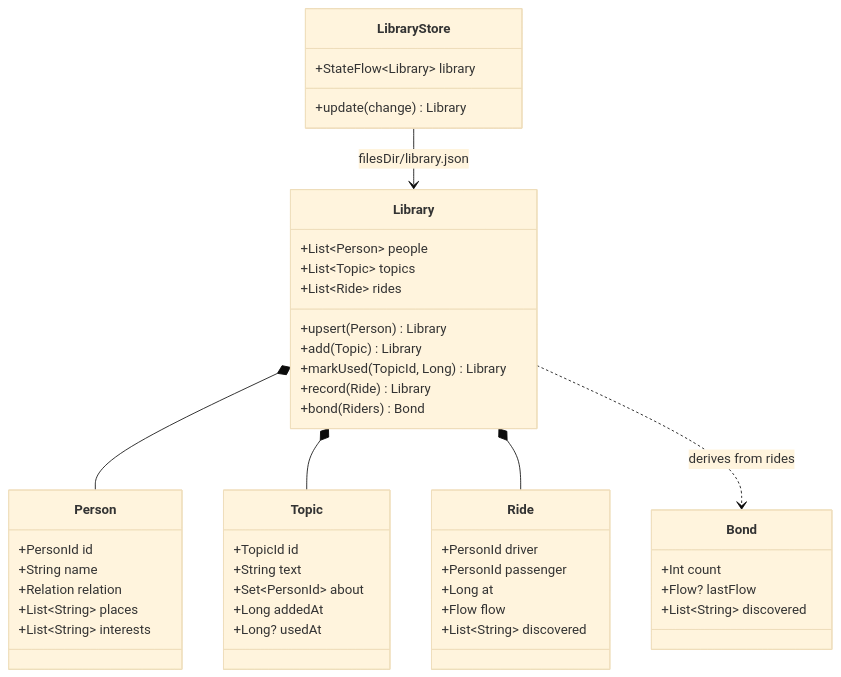
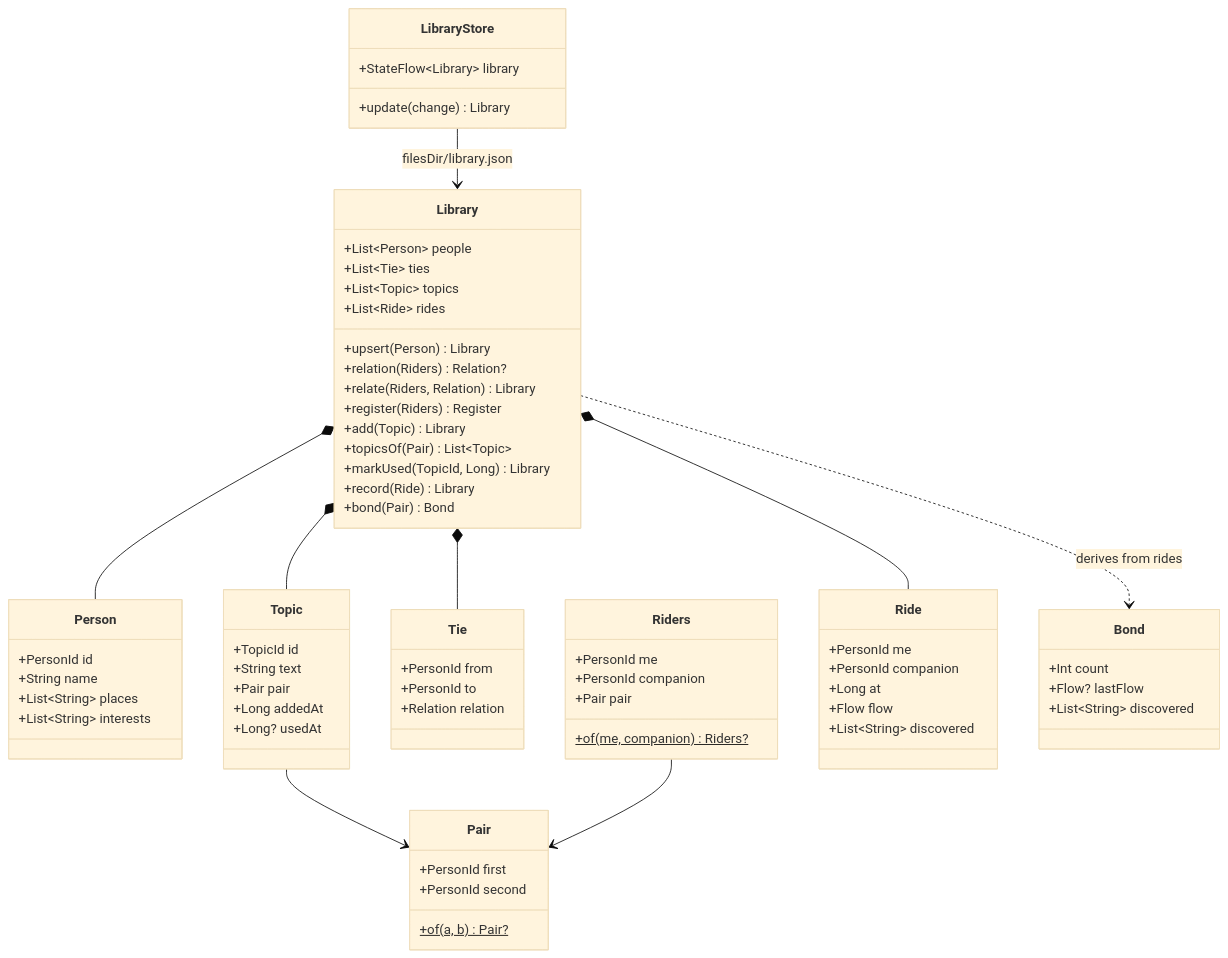
Before and after one commit to kanghwayuri/SAIGIL: the first of 5 diagrams in docs/class-diagram.md, drawn with Mermaid (base theme). The commit also changed other lines of this file and 2 other files, not shown here.

Commit message:
docs: describe the current user, pairs and ties

````diff
--- a/docs/class-diagram.md
+++ b/docs/class-diagram.md
@@ -9,48 +9,71 @@
 ```mermaid
 classDiagram
     class Library {
         +List~Person~ people
+        +List~Tie~ ties
         +List~Topic~ topics
         +List~Ride~ rides
         +upsert(Person) Library
+        +relation(Riders) Relation?
+        +relate(Riders, Relation) Library
+        +register(Riders) Register
         +add(Topic) Library
+        +topicsOf(Pair) List~Topic~
         +markUsed(TopicId, Long) Library
         +record(Ride) Library
-        +bond(Riders) Bond
+        +bond(Pair) Bond
     }
     class Person {
         +PersonId id
         +String name
-        +Relation relation
         +List~String~ places
         +List~String~ interests
+    }
+    class Pair {
+        +PersonId first
+        +PersonId second
+        +of(a, b)$ Pair?
+    }
+    class Riders {
+        +PersonId me
+        +PersonId companion
+        +Pair pair
+        +of(me, companion)$ Riders?
+    }
+    class Tie {
+        +PersonId from
+        +PersonId to
+        +Relation relation
     }
     class Topic {
         +TopicId id
         +String text
-        +Set~PersonId~ about
+        +Pair pair
         +Long addedAt
         +Long? usedAt
     }
     class Ride {
-        +PersonId driver
-        +PersonId passenger
+        +PersonId me
+        +PersonId companion
         +Long at
         +Flow flow
         +List~String~ discovered
     }
     class Bond {
         +Int count
         +Flow? lastFlow
         +List~String~ discovered
     }
     class LibraryStore {
         +StateFlow~Library~ library
         +update(change) Library
     }
     Library *-- Person
+    Library *-- Tie
     Library *-- Topic
     Library *-- Ride
+    Topic --> Pair
+    Riders --> Pair
     Library ..> Bond : derives from rides
     LibraryStore --> Library : filesDir/library.json
 ```
````
